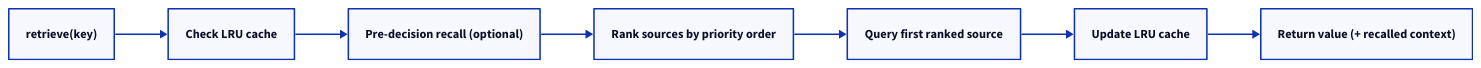
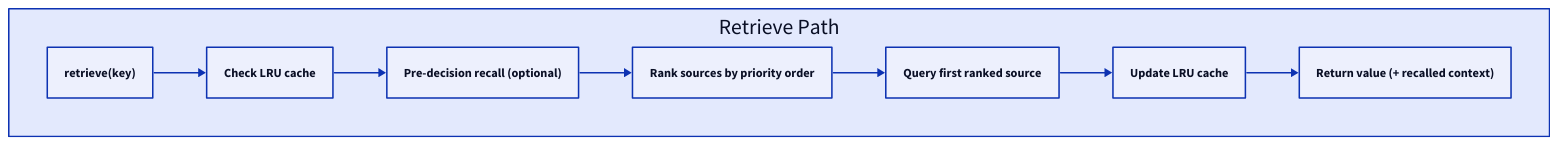
Before and after one commit to BuboTheWise/MemChorus: the diagram in diagrams/retrieve_path.d2, drawn with D2. The commit also changed 3 other files, not shown here.

Commit message:
docs: show BEM as internal submodule of orchestrator; fix retrieve path container parity

```diff
--- a/diagrams/retrieve_path.d2
+++ b/diagrams/retrieve_path.d2
@@ -1,22 +1,24 @@
 vars: {
   d2-config: {
     layout-engine: elk
   }
 }
 
 direction: right
 
-retrieve: "retrieve(key)"
-lru_check: "Check LRU cache"
-recall: "Pre-decision recall (optional)"
-rank: "Rank sources by priority order"
-query: "Query first ranked source"
-update_lru: "Update LRU cache"
-return_val: "Return value (+ recalled context)"
+Retrieve Path {
+  retrieve: "retrieve(key)"
+  lru_check: "Check LRU cache"
+  recall: "Pre-decision recall (optional)"
+  rank: "Rank sources by priority order"
+  query: "Query first ranked source"
+  update_lru: "Update LRU cache"
+  return_val: "Return value (+ recalled context)"
 
-retrieve -> lru_check
-lru_check -> recall
-recall -> rank
-rank -> query
-query -> update_lru
-update_lru -> return_val
+  retrieve -> lru_check
+  lru_check -> recall
+  recall -> rank
+  rank -> query
+  query -> update_lru
+  update_lru -> return_val
+}
```
